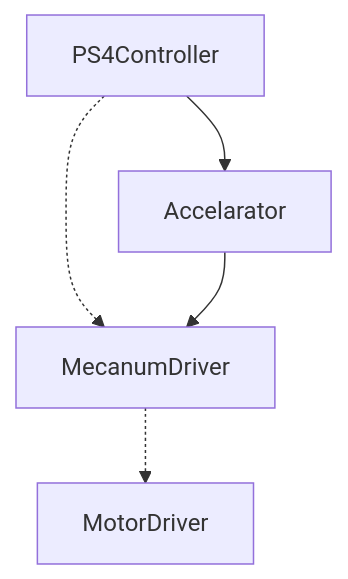
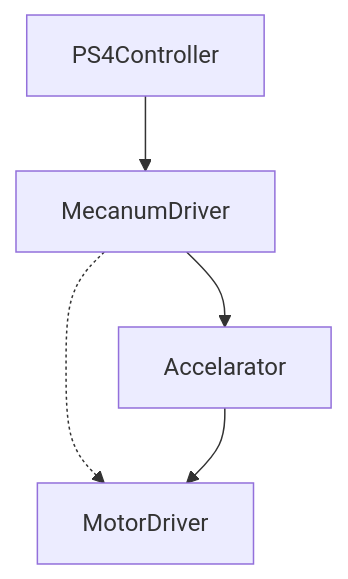
The first of 2 diagrams in README.md (Tomoooji/Planaria_renewal), drawn with Mermaid before and after one commit.

Commit message:
acculate frow

````diff
--- a/README.md
+++ b/README.md
@@ -22,7 +22,7 @@
 ```mermaid
 graph TD;
-PS4Controller -->　Accelarator;
-PS4Controller -.-> MecanumDriver; 
-Accelarator --> MecanumDriver;
+PS4Controller --> MecanumDriver; 
 MecanumDriver -.-> MotorDriver;
+MecanumDriver --> Accelarator;
+Accelarator --> MotorDriver;
 ```
````
